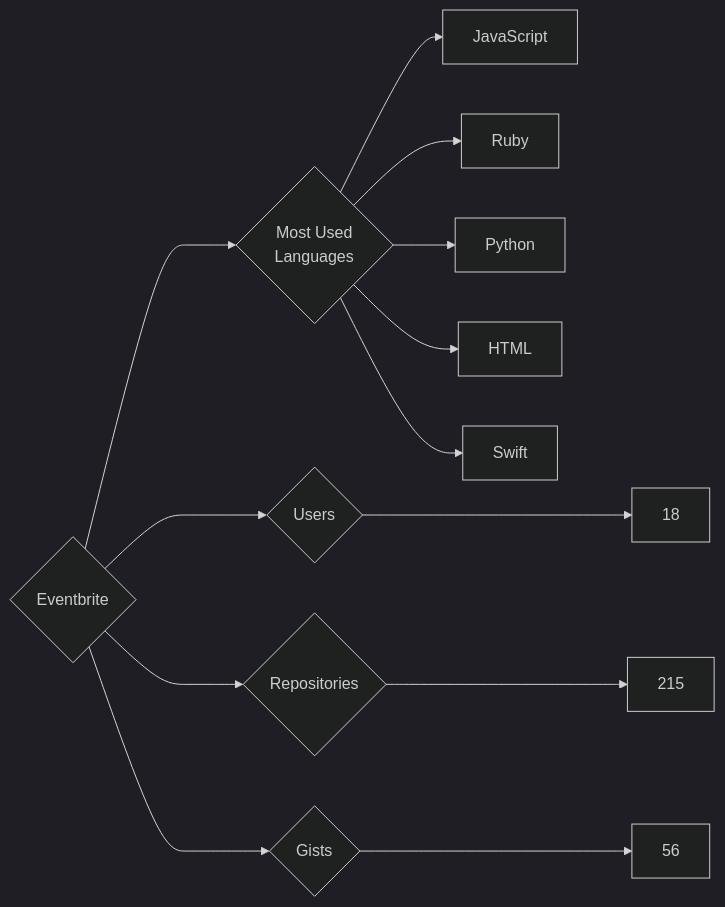
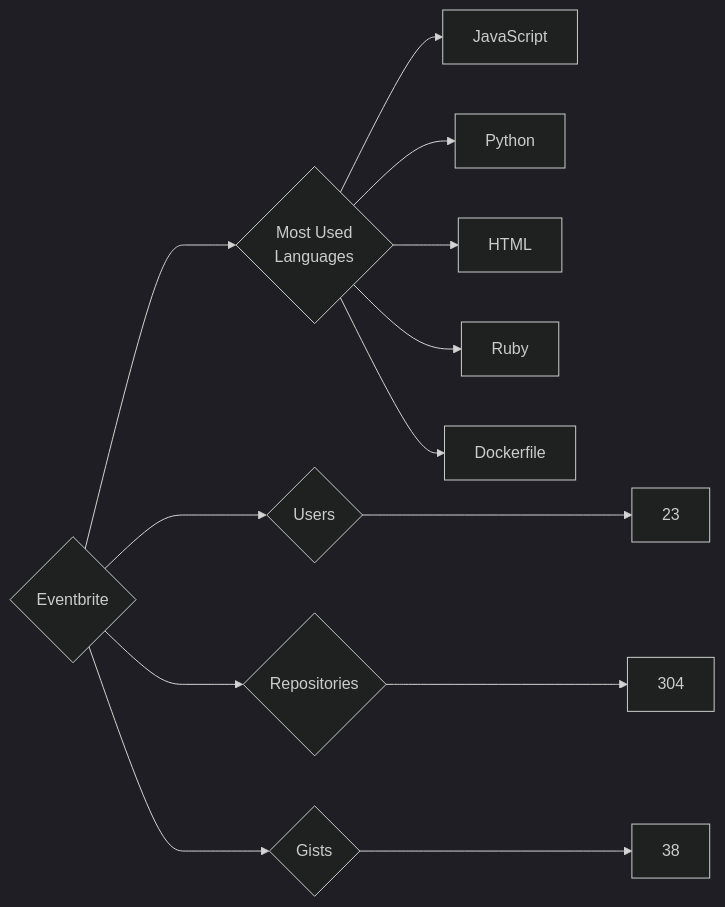
Before and after one commit to trickest/insiders: the diagram in targets/Eventbrite/README.md, drawn with Mermaid (dark theme). The commit also changed 644 other files, not shown here.

````diff
--- a/targets/Eventbrite/README.md
+++ b/targets/Eventbrite/README.md
@@ -3,13 +3,13 @@
 ```mermaid
 graph LR
 COMPANY_NAME{Eventbrite}
-COMPANY_NAME ---> U{Users} ---> UN[18]
-COMPANY_NAME ---> R{Repositories} ---> RN[215]
-COMPANY_NAME ---> G{Gists} ---> GN[56]
+COMPANY_NAME ---> U{Users} ---> UN[23]
+COMPANY_NAME ---> R{Repositories} ---> RN[304]
+COMPANY_NAME ---> G{Gists} ---> GN[38]
 COMPANY_NAME ---> ML{Most Used<br>Languages}
 ML --> JavaScript[JavaScript]
-ML --> Ruby[Ruby]
 ML --> Python[Python]
 ML --> HTML[HTML]
-ML --> Swift[Swift]
+ML --> Ruby[Ruby]
+ML --> Dockerfile[Dockerfile]
 ```
````
